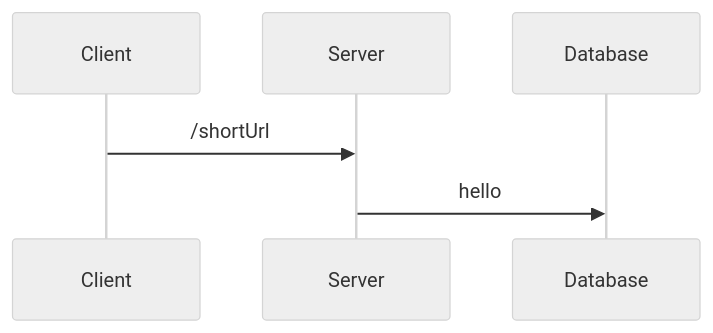
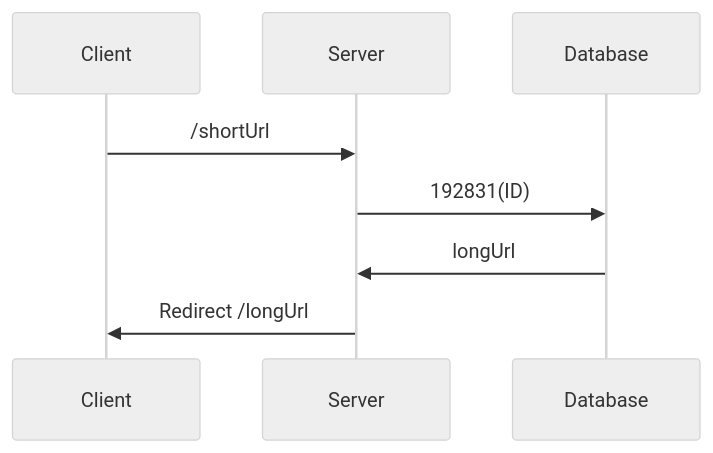
The fourth of 4 diagrams in backlog/URL Shortener.md (songkg7/haril-vault), drawn with Mermaid (neutral theme) before and after one commit. The commit also changed other lines of this file and 1 other file, not shown here.

````diff
--- a/backlog/URL Shortener.md
+++ b/backlog/URL Shortener.md
@@ -123,5 +123,7 @@
 ```mermaid
 sequenceDiagram
     Client->>Server: /shortUrl
-    Server->>Database: hello
+    Server->>Database: 192831(ID)
+    Database->>Server: longUrl
+    Server->>Client: Redirect /longUrl
 ```
````
